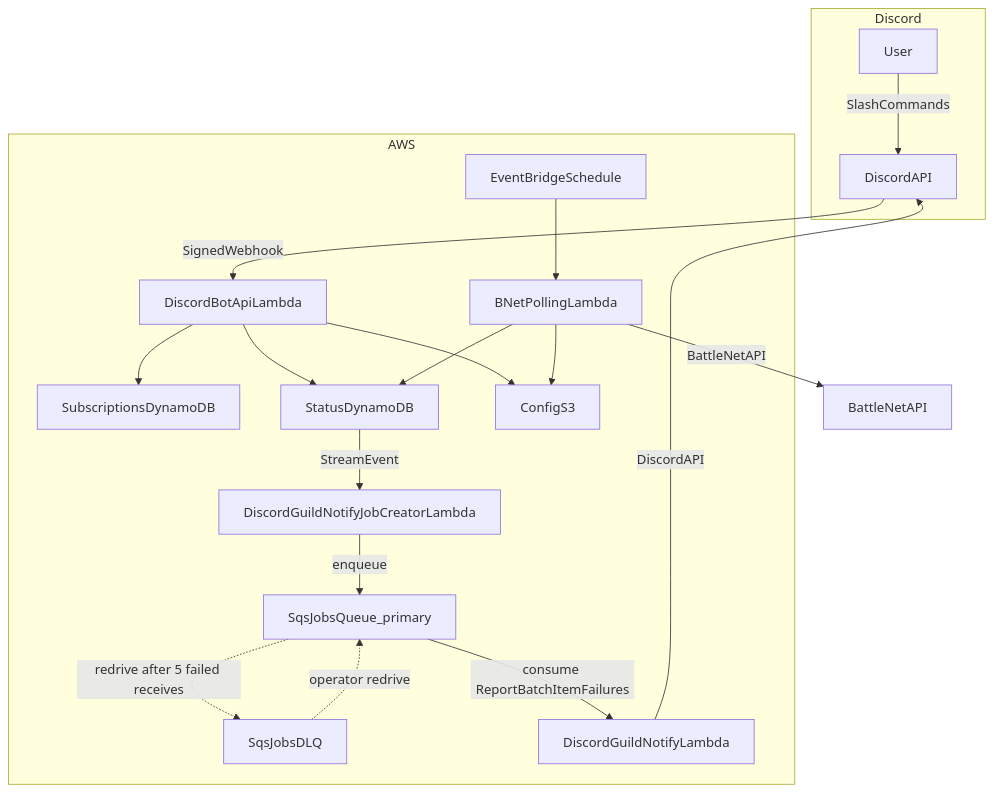
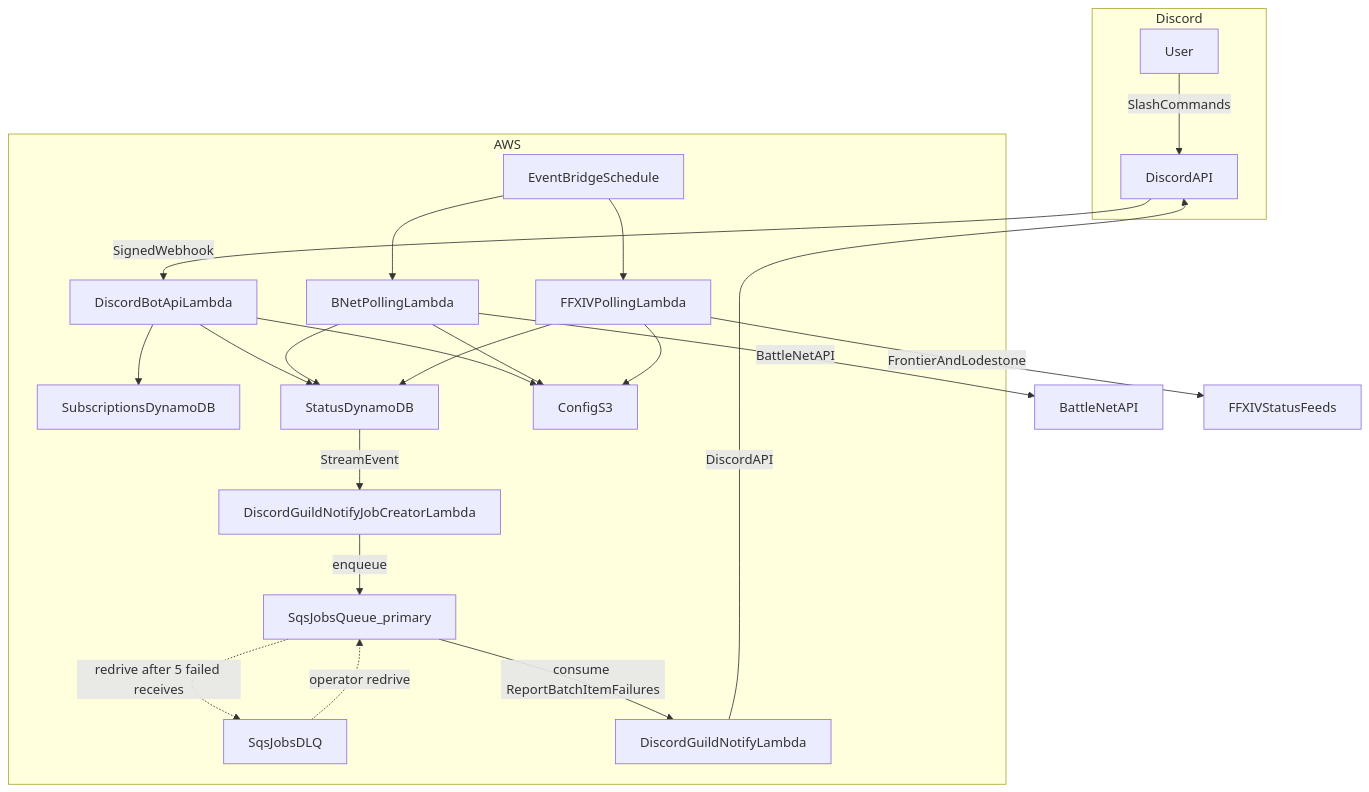
One commit to ServersUp/servers-up-backend changed the diagram in README.md. Above: the diagram before and after it, drawn with Mermaid. The commit also changed other lines of this file and 4 other files, not shown here.

````diff
--- a/README.md
+++ b/README.md
@@ -11,38 +11,43 @@
 ```mermaid
 graph TD
   subgraph discord[Discord]
     User[User]
     DiscordAPI[DiscordAPI]
   end
 
   subgraph aws[AWS]
     BotApi[DiscordBotApiLambda]
-    Poller[BNetPollingLambda]
+    BNetPoller[BNetPollingLambda]
+    FFXIVPoller[FFXIVPollingLambda]
     Scheduler[EventBridgeSchedule]
     JobCreator[DiscordGuildNotifyJobCreatorLambda]
     JobsQueue[SqsJobsQueue_primary]
     JobsDLQ[SqsJobsDLQ]
     Notifier[DiscordGuildNotifyLambda]
     SubsDdb[SubscriptionsDynamoDB]
     StatusDdb[StatusDynamoDB]
     ConfigS3[ConfigS3]
   end
 
   User -->|SlashCommands| DiscordAPI
   DiscordAPI -->|SignedWebhook| BotApi
   BotApi --> SubsDdb
   BotApi --> StatusDdb
   BotApi --> ConfigS3
 
-  Scheduler --> Poller
-  Poller -->|BattleNetAPI| BattleNet[BattleNetAPI]
-  Poller --> StatusDdb
-  Poller --> ConfigS3
+  Scheduler --> BNetPoller
+  Scheduler --> FFXIVPoller
+  BNetPoller -->|BattleNetAPI| BattleNet[BattleNetAPI]
+  BNetPoller --> StatusDdb
+  BNetPoller --> ConfigS3
+  FFXIVPoller -->|FrontierAndLodestone| FFXIVStatus[FFXIVStatusFeeds]
+  FFXIVPoller --> StatusDdb
+  FFXIVPoller --> ConfigS3
 
   StatusDdb -->|StreamEvent| JobCreator
   JobCreator -->|enqueue| JobsQueue
   JobsQueue -->|consume ReportBatchItemFailures| Notifier
   JobsQueue -.->|redrive after 5 failed receives| JobsDLQ
   JobsDLQ -.->|operator redrive| JobsQueue
   Notifier -->|DiscordAPI| DiscordAPI
 ```
````
